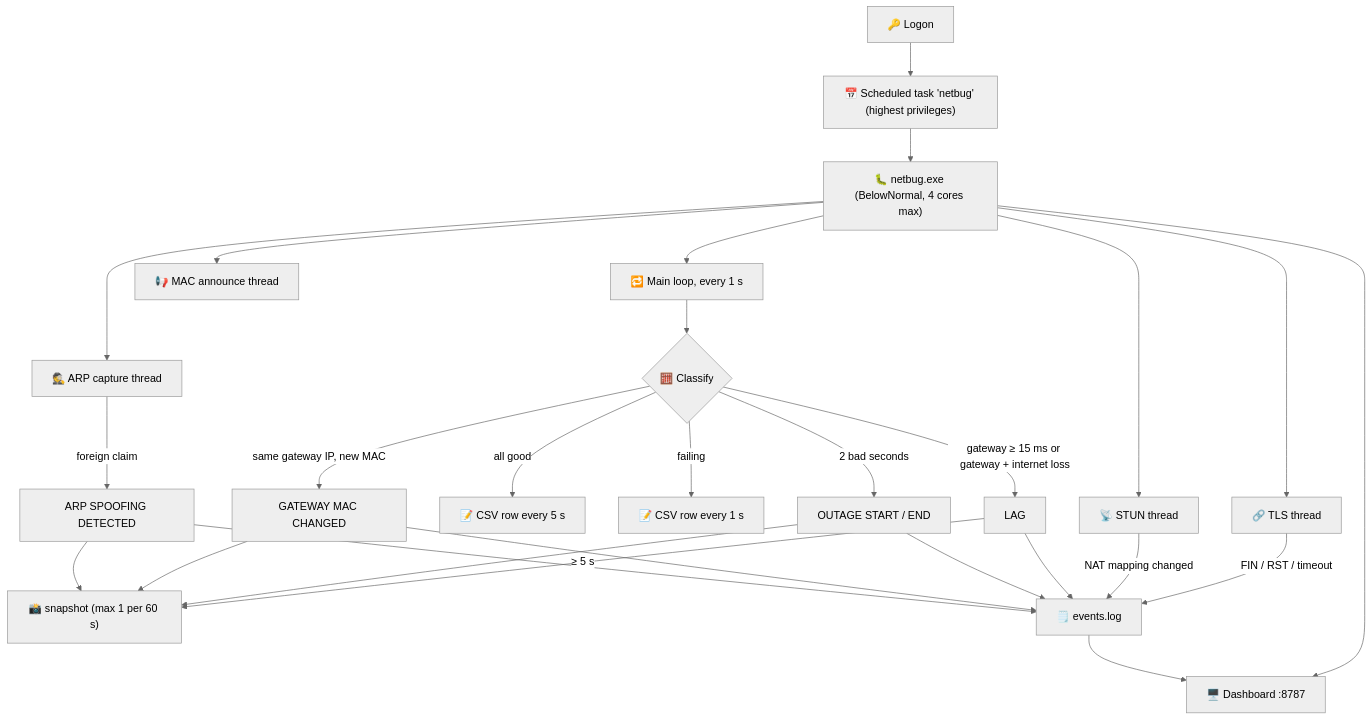
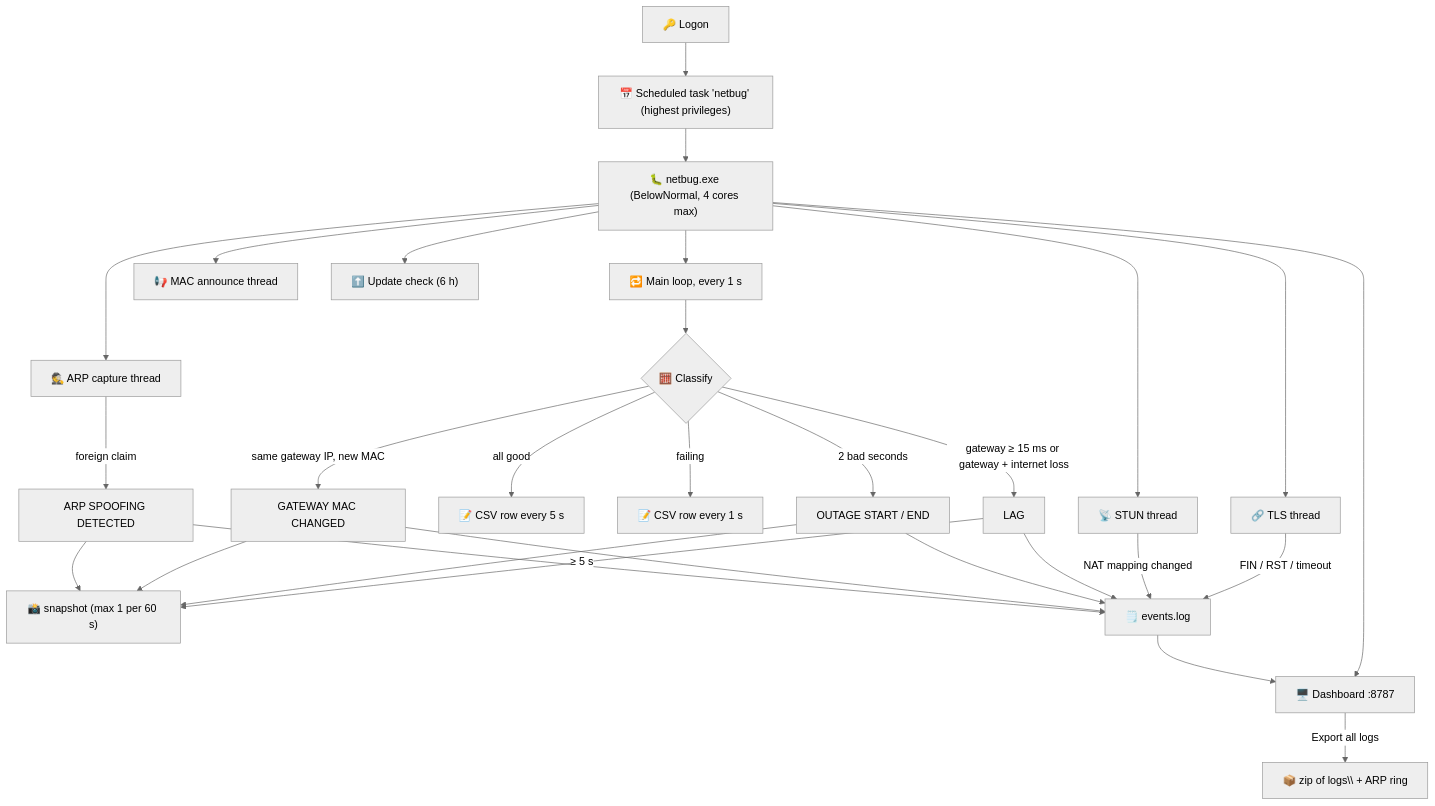
The diagram in README.md (tariqaq/netbug), drawn with Mermaid (neutral theme) before and after one commit. The commit also changed other lines of this file and 17 other files, not shown here.

````diff
--- a/README.md
+++ b/README.md
@@ -213,29 +215,31 @@
 ```mermaid
 flowchart TD
     A["🔑 Logon"] --> B["📅 Scheduled task 'netbug' (highest privileges)"]
     B --> C["🐛 netbug.exe (BelowNormal, 4 cores max)"]
     C --> M["🔁 Main loop, every 1 s"]
     C --> T["🔗 TLS thread"]
     C --> U["📡 STUN thread"]
     C --> W["🖥️ Dashboard :8787"]
     C --> AW["🕵️ ARP capture thread"]
     C --> AN["📢 MAC announce thread"]
+    C --> UP["⬆️ Update check (6 h)"]
     M --> K{"🧮 Classify"}
     K -->|"all good"| R1["📝 CSV row every 5 s"]
     K -->|"failing"| R2["📝 CSV row every 1 s"]
     K -->|"gateway ≥ 15 ms or gateway + internet loss"| L["LAG"]
     K -->|"2 bad seconds"| O["OUTAGE START / END"]
     K -->|"same gateway IP, new MAC"| G["GATEWAY MAC CHANGED"]
     AW -->|"foreign claim"| SP["ARP SPOOFING DETECTED"]
     L -->|"≥ 5 s"| S["📸 snapshot (max 1 per 60 s)"]
     O --> S
     G --> S
     SP --> S
     T -->|"FIN / RST / timeout"| E["🗒️ events.log"]
     U -->|"NAT mapping changed"| E
     L --> E
     O --> E
     G --> E
     SP --> E
     E --> W
+    W -->|"Export all logs"| X["📦 zip of logs\\ + ARP ring"]
 ```
````
